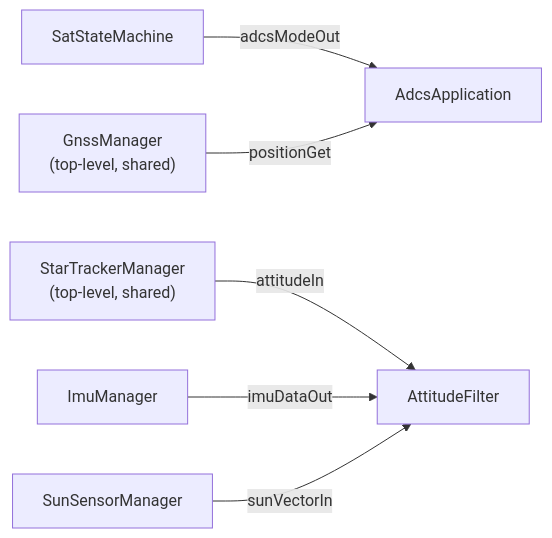
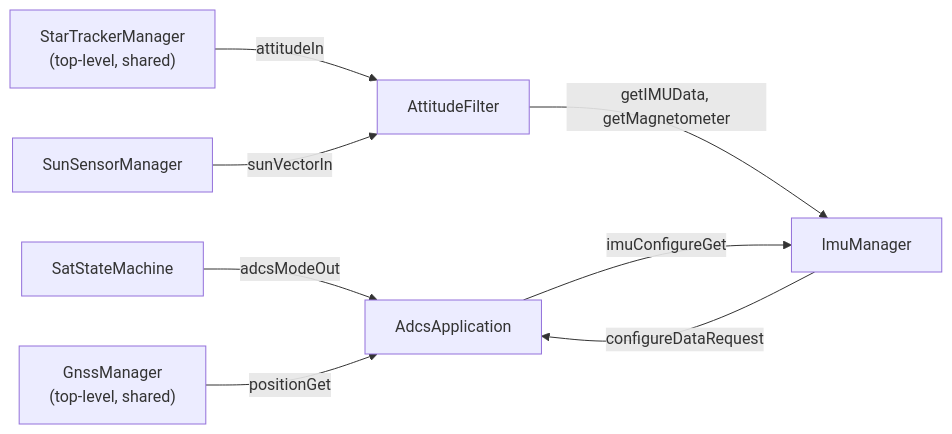
One commit to UWCubeSat/hs2-software-design changed the second of 4 diagrams in docs/Adcs/AdcsApplication.md. Above: the diagram before and after it, drawn with Mermaid. The commit also changed other lines of this file, not shown here.

Commit message:
docs(adcs): realign AdcsApplication interface with ImuManager and MagnetorquerManager

````diff
--- a/docs/Adcs/AdcsApplication.md
+++ b/docs/Adcs/AdcsApplication.md
@@ -152,8 +157,10 @@
 ```mermaid
 flowchart LR
     SSM["SatStateMachine"] -->|adcsModeOut| App["AdcsApplication"]
     Gnss["GnssManager<br/>(top-level, shared)"] -->|positionGet| App
     StarTracker["StarTrackerManager<br/>(top-level, shared)"] -->|attitudeIn| Filter["AttitudeFilter"]
-    Imu["ImuManager"] -->|imuDataOut| Filter
+    Filter -->|getIMUData, getMagnetometer| Imu["ImuManager"]
     Sun["SunSensorManager"] -->|sunVectorIn| Filter
+    Imu -->|configureDataRequest| App
+    App -->|imuConfigureGet| Imu
 ```
````
